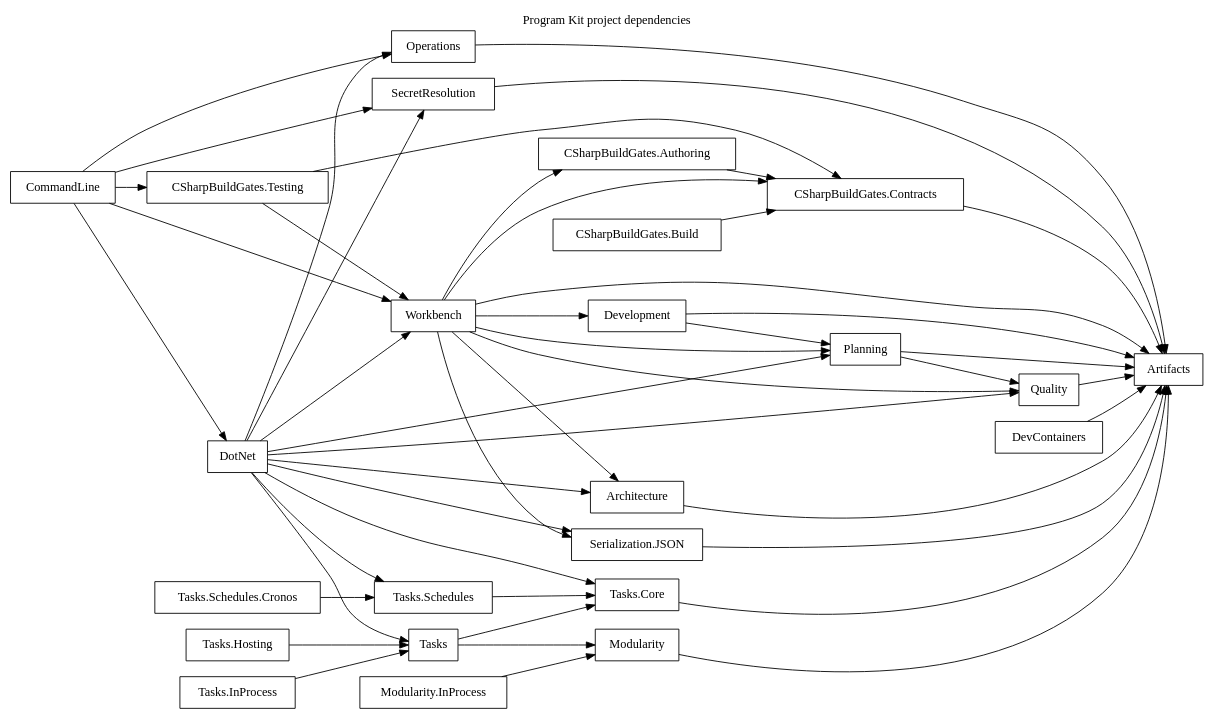
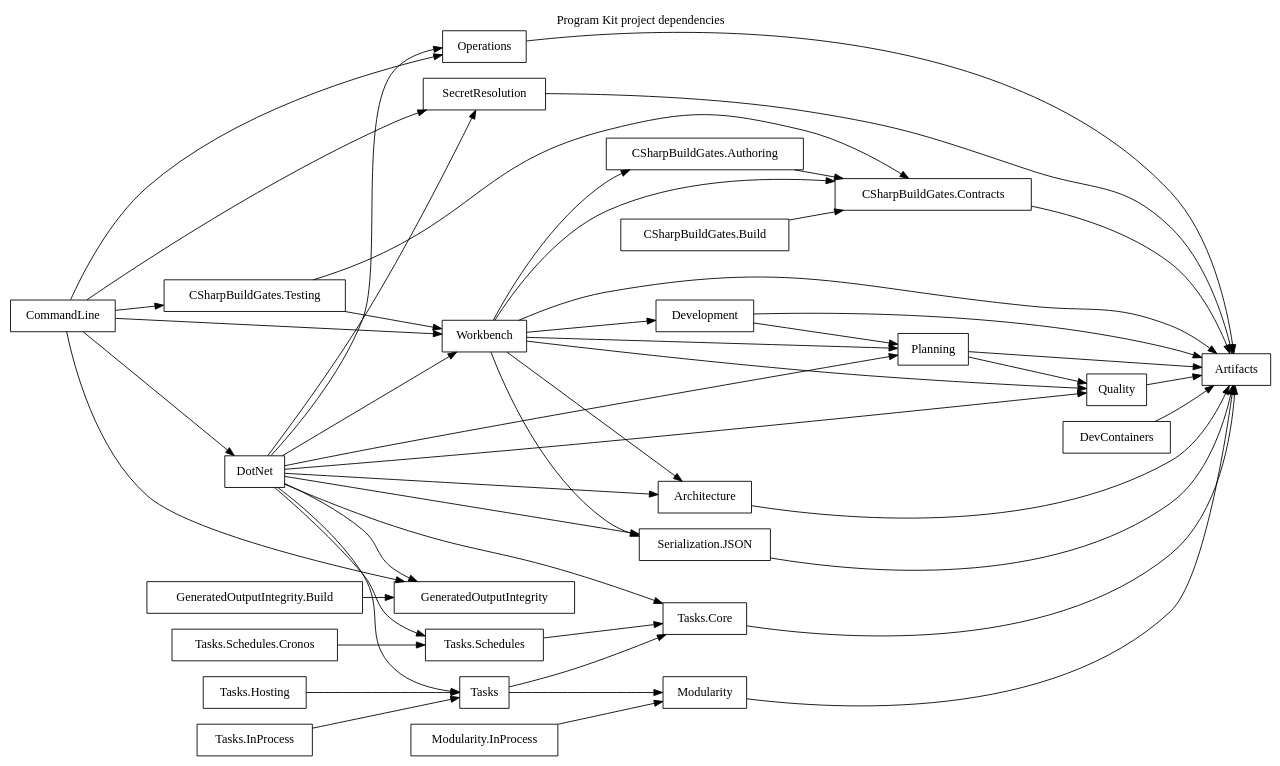
Before and after one commit to orbyss-io/program-kit: the diagram in artifacts/self-hosted/dependency-graph.dot, drawn with Graphviz. The commit also changed 39 other files, not shown here.

```diff
--- a/artifacts/self-hosted/dependency-graph.dot
+++ b/artifacts/self-hosted/dependency-graph.dot
@@ -1,52 +1,55 @@
 digraph ProgramKitDependencies {
   graph [label="Program Kit project dependencies", labelloc="t", rankdir="LR"];
   node [shape="box"];
 
   "Architecture" -> "Artifacts";
   "CSharpBuildGates.Authoring" -> "CSharpBuildGates.Contracts";
   "CSharpBuildGates.Build" -> "CSharpBuildGates.Contracts";
   "CSharpBuildGates.Contracts" -> "Artifacts";
   "CSharpBuildGates.Testing" -> "CSharpBuildGates.Contracts";
   "CSharpBuildGates.Testing" -> "Workbench";
   "CommandLine" -> "CSharpBuildGates.Testing";
   "CommandLine" -> "DotNet";
+  "CommandLine" -> "GeneratedOutputIntegrity";
   "CommandLine" -> "Operations";
   "CommandLine" -> "SecretResolution";
   "CommandLine" -> "Workbench";
   "Development" -> "Artifacts";
   "Development" -> "Planning";
   "DevContainers" -> "Artifacts";
   "DotNet" -> "Architecture";
   "DotNet" -> "Operations";
   "DotNet" -> "Planning";
   "DotNet" -> "Quality";
   "DotNet" -> "SecretResolution";
   "DotNet" -> "Serialization.JSON";
   "DotNet" -> "Tasks";
   "DotNet" -> "Tasks.Core";
   "DotNet" -> "Tasks.Schedules";
   "DotNet" -> "Workbench";
+  "DotNet" -> "GeneratedOutputIntegrity";
+  "GeneratedOutputIntegrity.Build" -> "GeneratedOutputIntegrity";
   "Modularity" -> "Artifacts";
   "Modularity.InProcess" -> "Modularity";
   "Operations" -> "Artifacts";
   "Planning" -> "Artifacts";
   "Planning" -> "Quality";
   "Quality" -> "Artifacts";
   "SecretResolution" -> "Artifacts";
   "Serialization.JSON" -> "Artifacts";
   "Tasks" -> "Modularity";
   "Tasks" -> "Tasks.Core";
   "Tasks.Core" -> "Artifacts";
   "Tasks.Hosting" -> "Tasks";
   "Tasks.InProcess" -> "Tasks";
   "Tasks.Schedules" -> "Tasks.Core";
   "Tasks.Schedules.Cronos" -> "Tasks.Schedules";
   "Workbench" -> "Architecture";
   "Workbench" -> "Artifacts";
   "Workbench" -> "CSharpBuildGates.Authoring";
   "Workbench" -> "CSharpBuildGates.Contracts";
   "Workbench" -> "Development";
   "Workbench" -> "Planning";
   "Workbench" -> "Quality";
   "Workbench" -> "Serialization.JSON";
 }
```
